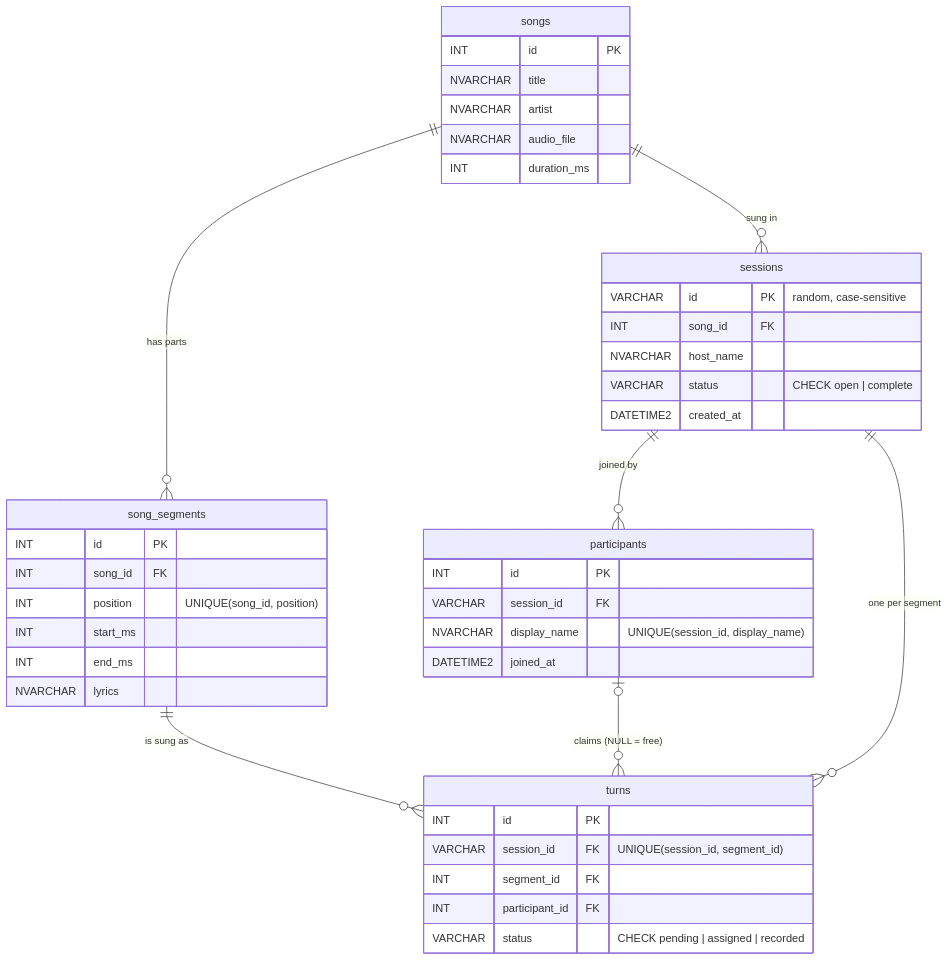
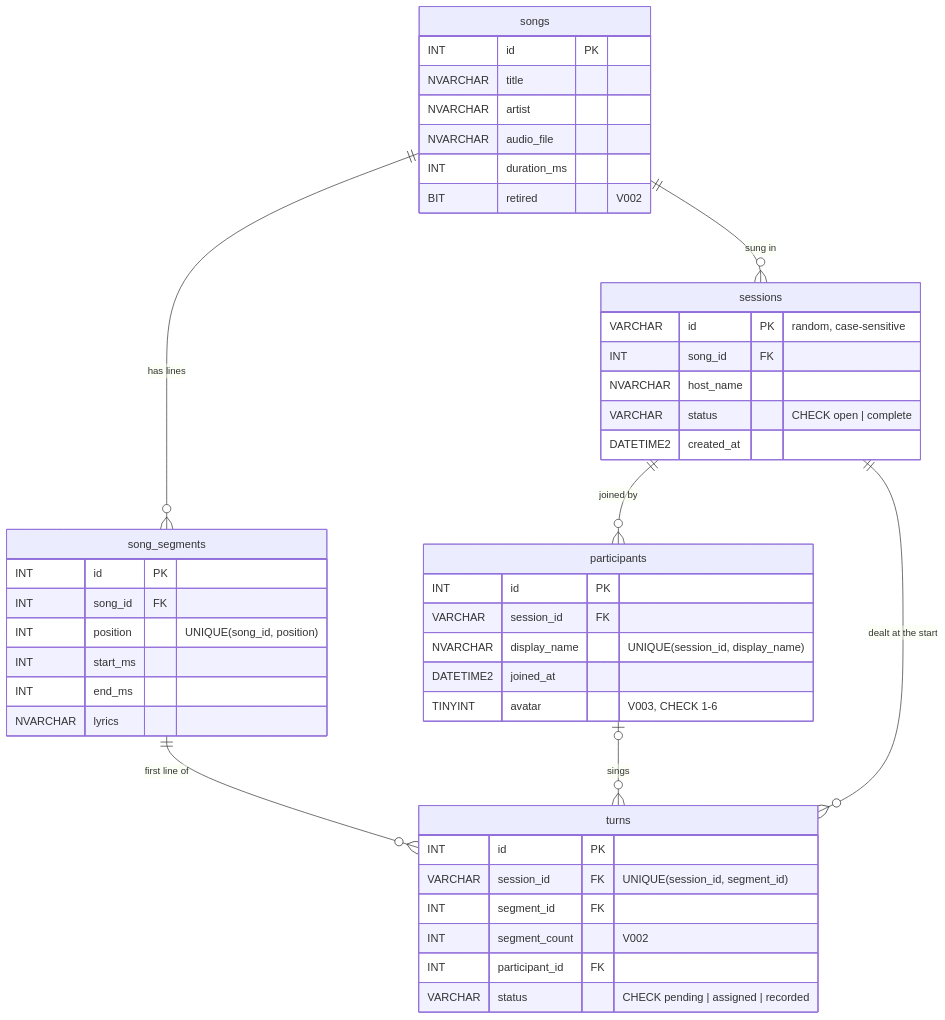
One commit to matheusfunabashi/group-karaoke changed the second of 2 diagrams in REPORT.md. Above: the diagram before and after it, drawn with Mermaid. The commit also changed other lines of this file and 2 other files, not shown here.

Commit message:
ADR-11 (turns in rotation, karaoke screen) and ADR-12 (Web Audio timing); update the report and AI log

````diff
--- a/REPORT.md
+++ b/REPORT.md
@@ -67,35 +73,38 @@
 ```mermaid
 erDiagram
-    songs ||--o{ song_segments : "has parts"
+    songs ||--o{ song_segments : "has lines"
     songs ||--o{ sessions : "sung in"
     sessions ||--o{ participants : "joined by"
-    sessions ||--o{ turns : "one per segment"
-    song_segments ||--o{ turns : "is sung as"
-    participants |o--o{ turns : "claims (NULL = free)"
+    sessions ||--o{ turns : "dealt at the start"
+    song_segments ||--o{ turns : "first line of"
+    participants |o--o{ turns : "sings"
 
     songs { INT id PK
         NVARCHAR title
         NVARCHAR artist
         NVARCHAR audio_file
-        INT duration_ms }
+        INT duration_ms
+        BIT retired "V002" }
     song_segments { INT id PK
         INT song_id FK
         INT position "UNIQUE(song_id, position)"
         INT start_ms
         INT end_ms
         NVARCHAR lyrics }
     sessions { VARCHAR id PK "random, case-sensitive"
         INT song_id FK
         NVARCHAR host_name
         VARCHAR status "CHECK open | complete"
         DATETIME2 created_at }
     participants { INT id PK
         VARCHAR session_id FK
         NVARCHAR display_name "UNIQUE(session_id, display_name)"
-        DATETIME2 joined_at }
+        DATETIME2 joined_at
+        TINYINT avatar "V003, CHECK 1-6" }
     turns { INT id PK
         VARCHAR session_id FK "UNIQUE(session_id, segment_id)"
         INT segment_id FK
+        INT segment_count "V002"
         INT participant_id FK
         VARCHAR status "CHECK pending | assigned | recorded" }
 ```
````
